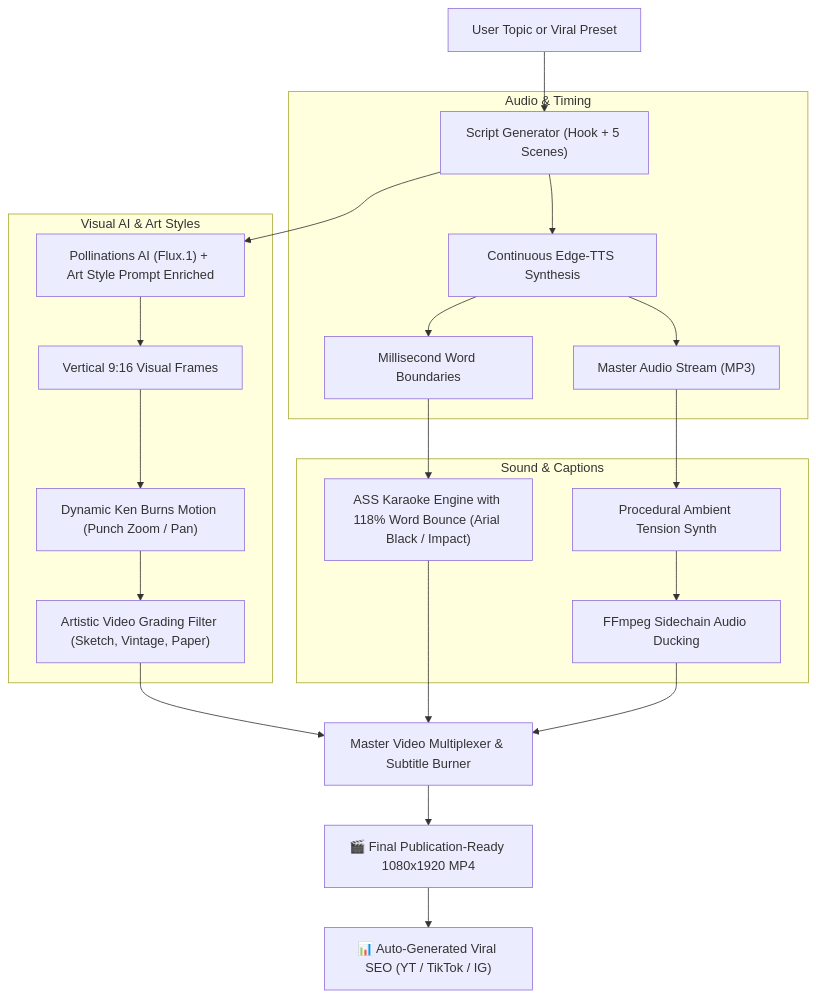
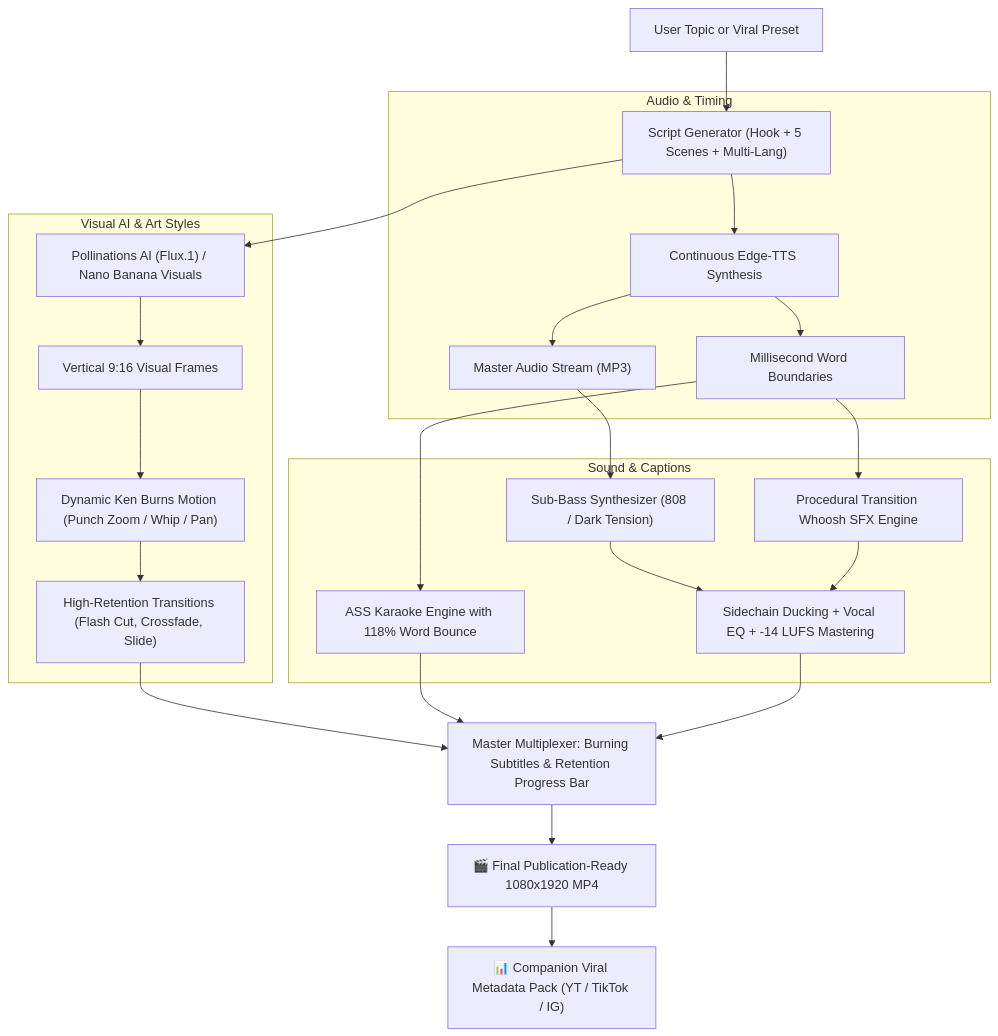
The diagram in README.md (su6osec/faceless-shorts), drawn with Mermaid before and after one commit. The commit also changed other lines of this file and 13 other files, not shown here.

Commit message:
feat: add scene transitions, retention progress bar, sub-bass 808 audio, whoosh SFX & 11-language support

````diff
--- a/README.md
+++ b/README.md
@@ -37,29 +57,31 @@
 ```mermaid
 flowchart TD
-    A["User Topic or Viral Preset"] --> B["Script Generator (Hook + 5 Scenes)"]
+    A["User Topic or Viral Preset"] --> B["Script Generator (Hook + 5 Scenes + Multi-Lang)"]
     
     subgraph S1["Audio & Timing"]
         B --> C["Continuous Edge-TTS Synthesis"]
         C --> D["Master Audio Stream (MP3)"]
         C --> E["Millisecond Word Boundaries"]
     end
 
     subgraph S2["Visual AI & Art Styles"]
-        B --> F["Pollinations AI (Flux.1) + Art Style Prompt Enriched"]
+        B --> F["Pollinations AI (Flux.1) / Nano Banana Visuals"]
         F --> G["Vertical 9:16 Visual Frames"]
-        G --> H["Dynamic Ken Burns Motion (Punch Zoom / Pan)"]
-        H --> I["Artistic Video Grading Filter (Sketch, Vintage, Paper)"]
+        G --> H["Dynamic Ken Burns Motion (Punch Zoom / Whip / Pan)"]
+        H --> I["High-Retention Transitions (Flash Cut, Crossfade, Slide)"]
     end
 
     subgraph S3["Sound & Captions"]
-        E --> J["ASS Karaoke Engine with 118% Word Bounce (Arial Black / Impact)"]
-        D --> K["Procedural Ambient Tension Synth"]
-        K --> L["FFmpeg Sidechain Audio Ducking"]
+        E --> J["ASS Karaoke Engine with 118% Word Bounce"]
+        D --> K["Sub-Bass Synthesizer (808 / Dark Tension)"]
+        E --> L["Procedural Transition Whoosh SFX Engine"]
+        K --> M["Sidechain Ducking + Vocal EQ + -14 LUFS Mastering"]
+        L --> M
     end
 
-    I --> M["Master Video Multiplexer & Subtitle Burner"]
-    J --> M
-    L --> M
-    M --> N["🎬 Final Publication-Ready 1080x1920 MP4"]
-    N --> O["📊 Auto-Generated Viral SEO (YT / TikTok / IG)"]
+    I --> N["Master Multiplexer: Burning Subtitles & Retention Progress Bar"]
+    J --> N
+    M --> N
+    N --> O["🎬 Final Publication-Ready 1080x1920 MP4"]
+    O --> P["📊 Companion Viral Metadata Pack (YT / TikTok / IG)"]
 ```
````
